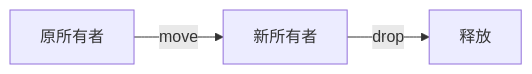
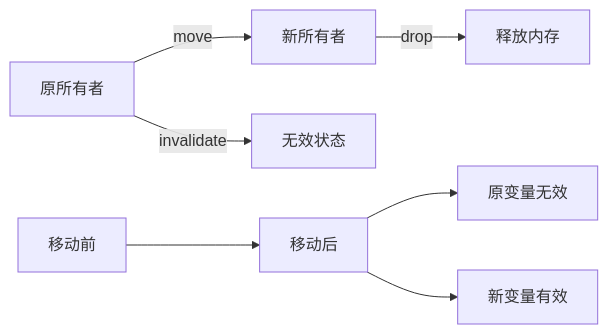
Before and after one commit to martin-ly/rust-lang: the fourth of 4 diagrams in formal_rust/refactor/01_core_theory/04_ownership_system/01_ownership_theory.md, drawn with Mermaid. The commit also changed other lines of this file and 6 other files, not shown here.

````diff
--- a/formal_rust/refactor/01_core_theory/04_ownership_system/01_ownership_theory.md
+++ b/formal_rust/refactor/01_core_theory/04_ownership_system/01_ownership_theory.md
@@ -293,5 +763,10 @@
-  ```mermaid
-  graph LR
+```mermaid
+graph LR
     A[原所有者] -- move --> B[新所有者]
-    B -- drop --> C[释放]
-  ```
+    A -- invalidate --> C[无效状态]
+    B -- drop --> D[释放内存]
+    
+    E[移动前] --> F[移动后]
+    F --> G[原变量无效]
+    F --> H[新变量有效]
+```
````
